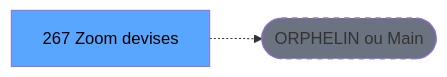
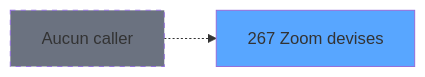
One commit to thonyAGP/magic-migration changed the second of 3 diagrams in .openspec/specs/ADH-IDE-267.md. Above: the diagram before and after it, drawn with Mermaid. The commit also changed other lines of this file and 493 other files, not shown here.

````diff
--- a/.openspec/specs/ADH-IDE-267.md
+++ b/.openspec/specs/ADH-IDE-267.md
@@ -122,8 +180,8 @@
 ```mermaid
 graph LR
-    T[267 Zoom devises]
-    ORPHAN([ORPHELIN ou Main])
-    T -.-> ORPHAN
-    style T fill:#58a6ff,color:#000
-    style ORPHAN fill:#6b7280,stroke-dasharray: 5 5
+    T267[267 Zoom devises]
+    style T267 fill:#58a6ff
+    NONE[Aucun caller]
+    NONE -.-> T267
+    style NONE fill:#6b7280,stroke-dasharray: 5 5
 ```
````
